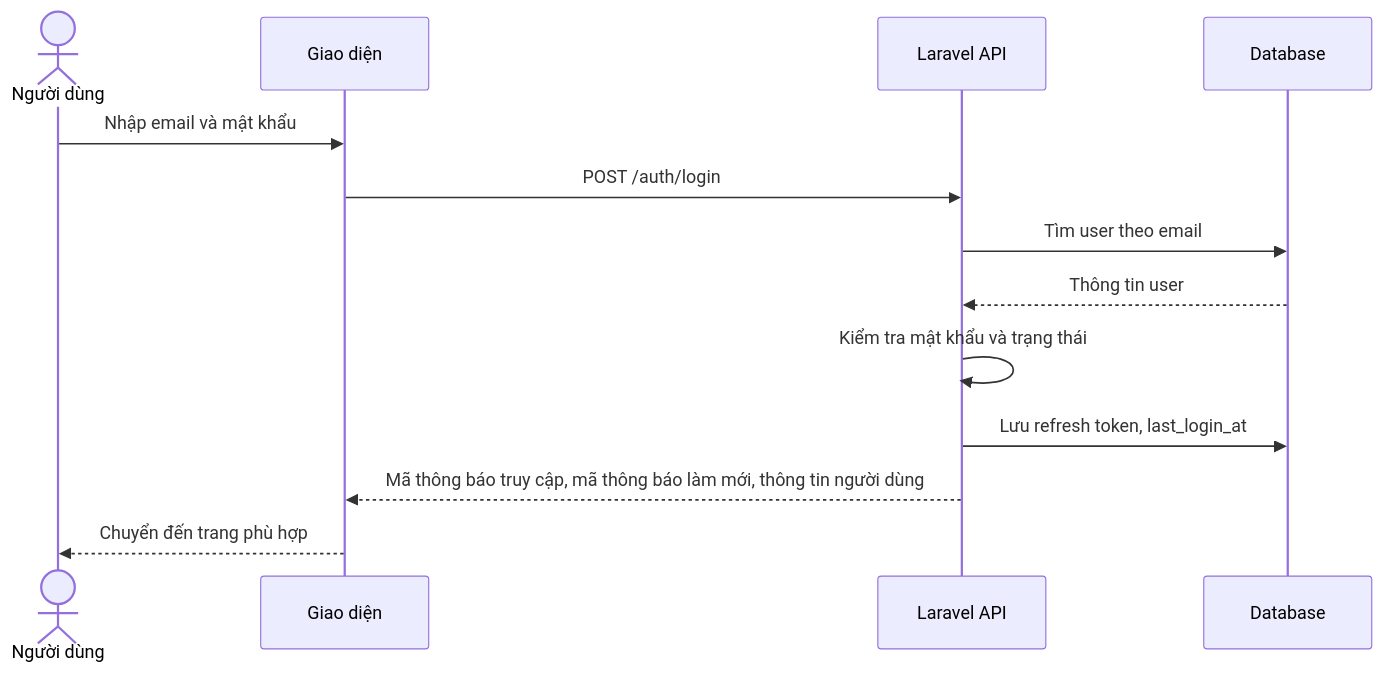
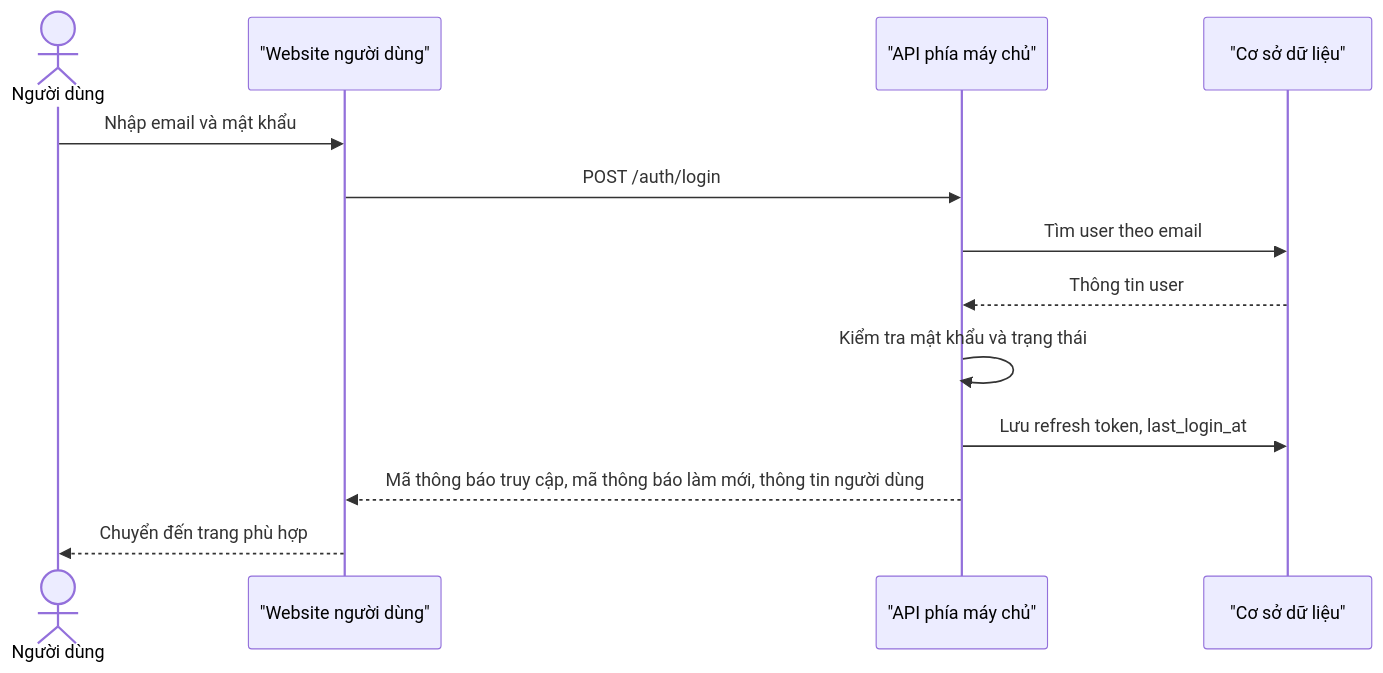
The fifth of 9 diagrams in bao-cao-do-an-danangtrip-md/03_chuong_2_phan_tich_thiet_ke_he_thong.md (TayDuyNguyen/DATN_Document), drawn with Mermaid before and after one commit. The commit also changed other lines of this file and 5 other files, not shown here.

````diff
--- a/bao-cao-do-an-danangtrip-md/03_chuong_2_phan_tich_thiet_ke_he_thong.md
+++ b/bao-cao-do-an-danangtrip-md/03_chuong_2_phan_tich_thiet_ke_he_thong.md
@@ -357,16 +384,16 @@
 ```mermaid
 sequenceDiagram
     actor U as Người dùng
-    participant W as Giao diện
-    participant API as Laravel API
-    participant DB as Database
+    participant W as "Website người dùng"
+    participant API as "API phía máy chủ"
+    participant DB as "Cơ sở dữ liệu"
 
     U->>W: Nhập email và mật khẩu
     W->>API: POST /auth/login
     API->>DB: Tìm user theo email
     DB-->>API: Thông tin user
     API->>API: Kiểm tra mật khẩu và trạng thái
     API->>DB: Lưu refresh token, last_login_at
     API-->>W: Mã thông báo truy cập, mã thông báo làm mới, thông tin người dùng
     W-->>U: Chuyển đến trang phù hợp
 ```
````
